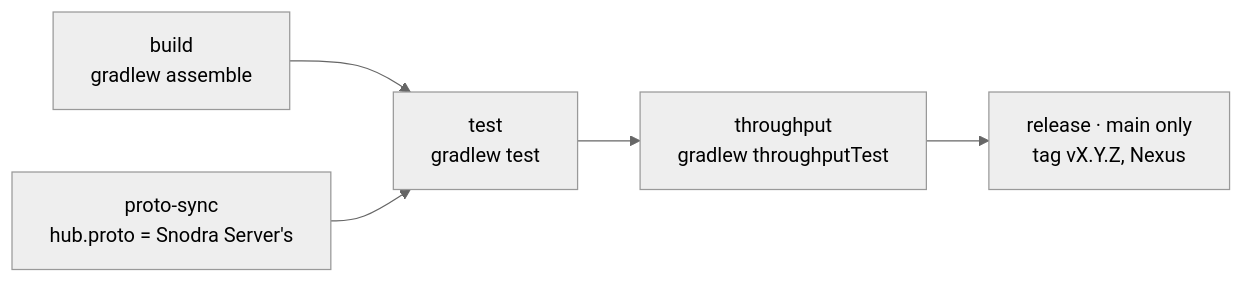
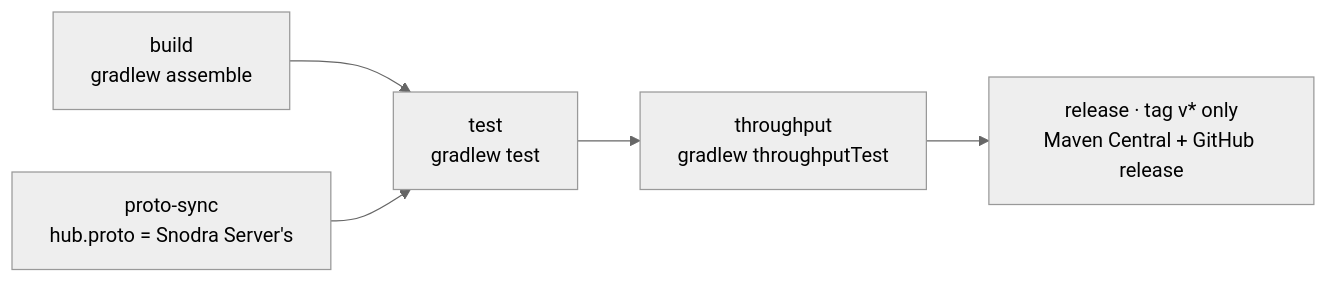
One commit to snodra/snodra-messaging changed the diagram in README.md. Above: the diagram before and after it, drawn with Mermaid (neutral theme). The commit also changed other lines of this file and 12 other files, not shown here.

First line of the commit message:
feat: the library publishes to Maven Central from GitHub Actions

````diff
--- a/README.md
+++ b/README.md
@@ -2034,6 +2036,6 @@
 ```mermaid
 flowchart LR
     build["build<br/>gradlew assemble"] --> test["test<br/>gradlew test"] --> throughput["throughput<br/>gradlew throughputTest"]
     sync["proto-sync<br/>hub.proto = Snodra Server's"] --> test
-    throughput --> release["release · main only<br/>tag vX.Y.Z, Nexus"]
+    throughput --> release["release · tag v* only<br/>Maven Central + GitHub release"]
 ```
````
